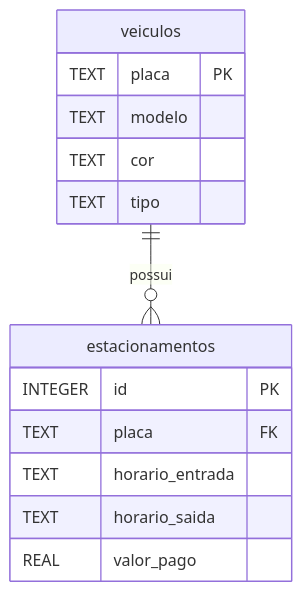
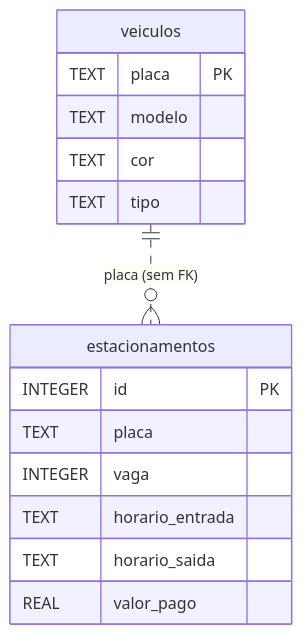
The third of 3 diagrams in README.md (MrTicos/Sistema-de-Gerenciamento-de-um-estacionamento-), drawn with Mermaid before and after one commit. The commit also changed other lines of this file and 21 other files, not shown here.

````diff
--- a/README.md
+++ b/README.md
@@ -396,17 +435,18 @@
 ```mermaid
 erDiagram
-    veiculos ||--o{ estacionamentos : "possui"
+    veiculos ||..o{ estacionamentos : "placa (sem FK)"
     veiculos {
         TEXT placa PK
         TEXT modelo
         TEXT cor
         TEXT tipo
     }
     estacionamentos {
         INTEGER id PK
-        TEXT placa FK
+        TEXT placa
+        INTEGER vaga
         TEXT horario_entrada
         TEXT horario_saida
         REAL valor_pago
     }
 ```
````
